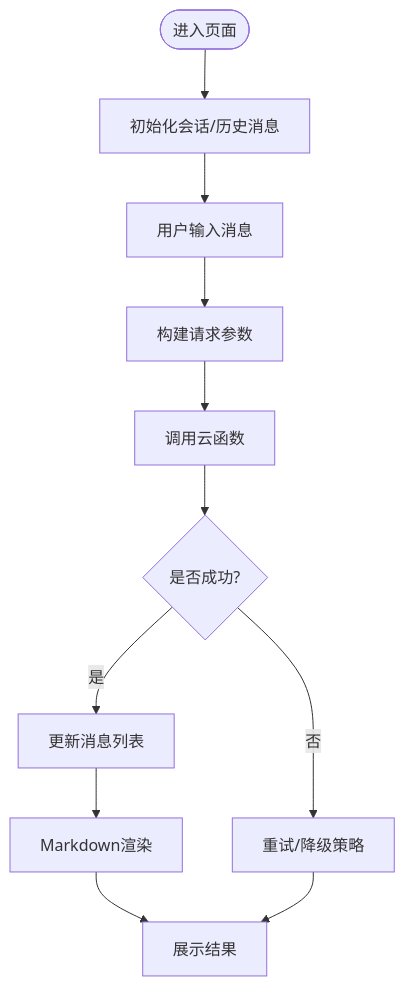
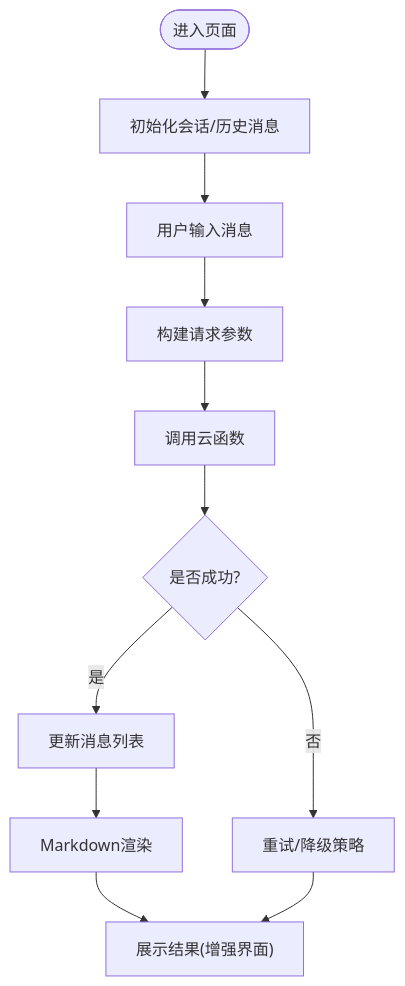
The third of 9 diagrams in .qoder/repowiki/zh/content/核心功能模块/AI智能助手.md (cwb7756/bio), drawn with Mermaid before and after one commit. The commit also changed other lines of this file and 98 other files, not shown here.

````diff
--- a/.qoder/repowiki/zh/content/核心功能模块/AI智能助手.md
+++ b/.qoder/repowiki/zh/content/核心功能模块/AI智能助手.md
@@ -156,13 +156,13 @@
 ```mermaid
 flowchart TD
 Start(["进入页面"]) --> Init["初始化会话/历史消息"]
 Init --> Input["用户输入消息"]
 Input --> BuildReq["构建请求参数"]
 BuildReq --> CallCloud["调用云函数"]
 CallCloud --> Resp{"是否成功?"}
 Resp --> |是| Update["更新消息列表"]
 Update --> Render["Markdown渲染"]
-Render --> Show["展示结果"]
+Render --> Show["展示结果(增强界面)"]
 Resp --> |否| Retry["重试/降级策略"]
 Retry --> Show
 ```
````
